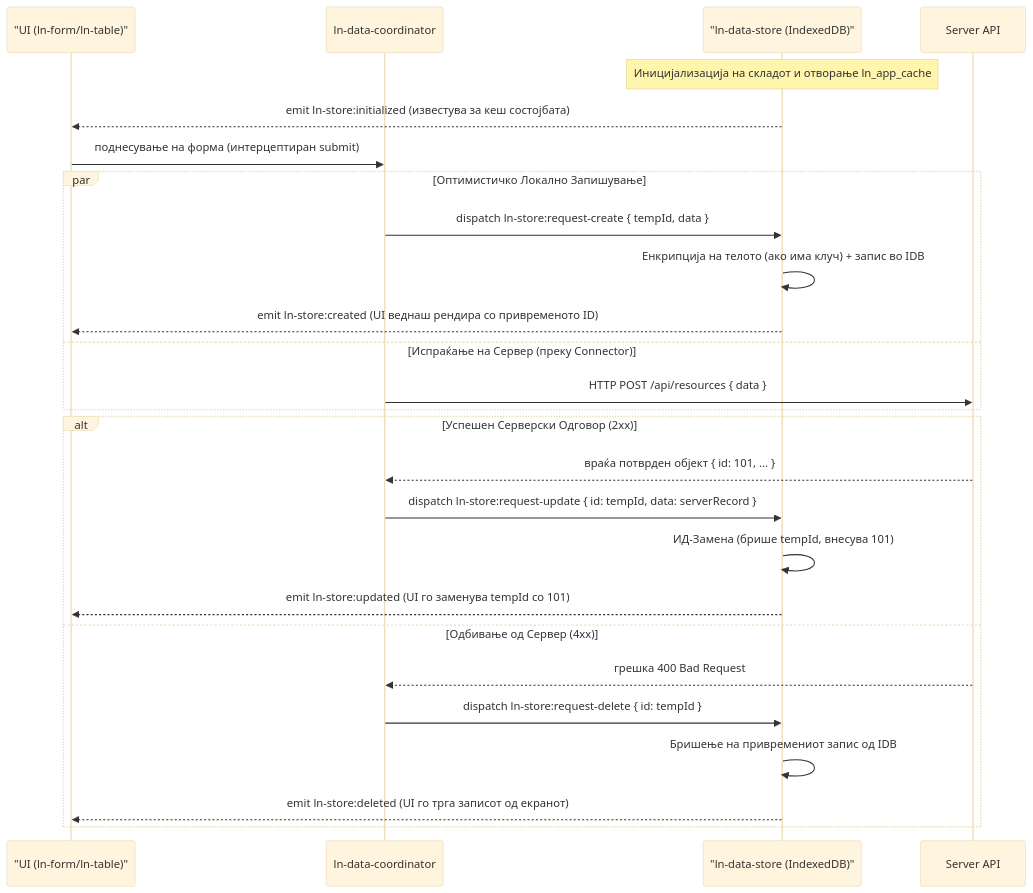
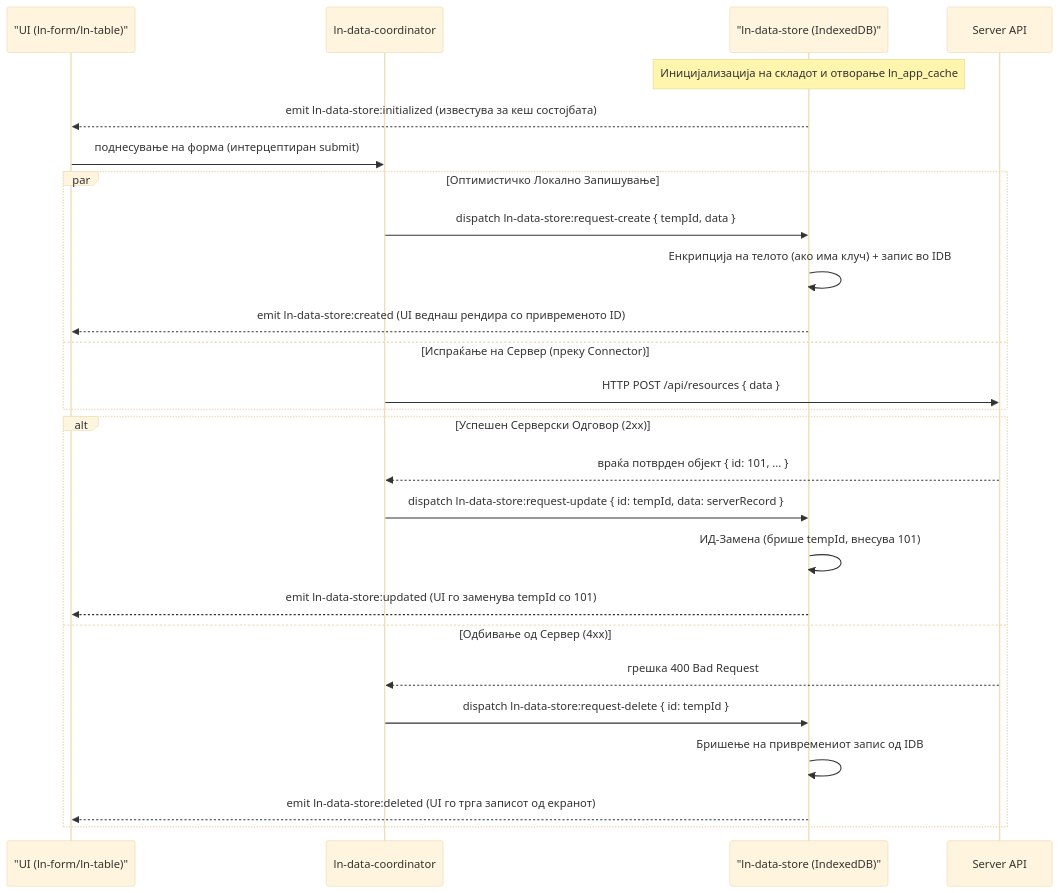
Before and after one commit to livenetworks/ln-ashlar: the diagram in architecture_docs_draft/components/ln-data-store.md, drawn with Mermaid (base theme). The commit also changed other lines of this file and 58 other files, not shown here.

Commit message:
refactor(data-store): rename events to ln-data-store:* across components, demo, and docs

````diff
--- a/architecture_docs_draft/components/ln-data-store.md
+++ b/architecture_docs_draft/components/ln-data-store.md
@@ -119,31 +119,31 @@
 ```mermaid
 sequenceDiagram
     participant UI as "UI (ln-form/ln-table)"
     participant Coord as ln-data-coordinator
     participant Store as "ln-data-store (IndexedDB)"
     participant Server as Server API
 
     Note over Store: Иницијализација на складот и отворање ln_app_cache
-    Store-->>UI: emit ln-store:initialized (известува за кеш состојбата)
+    Store-->>UI: emit ln-data-store:initialized (известува за кеш состојбата)
 
     UI->>Coord: поднесување на форма (интерцептиран submit)
     par Оптимистичко Локално Запишување
-        Coord->>Store: dispatch ln-store:request-create { tempId, data }
+        Coord->>Store: dispatch ln-data-store:request-create { tempId, data }
         Store->>Store: Енкрипција на телото (ако има клуч) + запис во IDB
-        Store-->>UI: emit ln-store:created (UI веднаш рендира со привременото ID)
+        Store-->>UI: emit ln-data-store:created (UI веднаш рендира со привременото ID)
     and Испраќање на Сервер (преку Connector)
         Coord->>Server: HTTP POST /api/resources { data }
     end
 
     alt Успешен Серверски Одговор (2xx)
         Server-->>Coord: враќа потврден објект { id: 101, ... }
-        Coord->>Store: dispatch ln-store:request-update { id: tempId, data: serverRecord }
+        Coord->>Store: dispatch ln-data-store:request-update { id: tempId, data: serverRecord }
         Store->>Store: ИД-Замена (брише tempId, внесува 101)
-        Store-->>UI: emit ln-store:updated (UI го заменува tempId со 101)
+        Store-->>UI: emit ln-data-store:updated (UI го заменува tempId со 101)
     else Одбивање од Сервер (4xx)
         Server-->>Coord: грешка 400 Bad Request
-        Coord->>Store: dispatch ln-store:request-delete { id: tempId }
+        Coord->>Store: dispatch ln-data-store:request-delete { id: tempId }
         Store->>Store: Бришење на привремениот запис од IDB
-        Store-->>UI: emit ln-store:deleted (UI го трга записот од екранот)
+        Store-->>UI: emit ln-data-store:deleted (UI го трга записот од екранот)
     end
 ```
````
